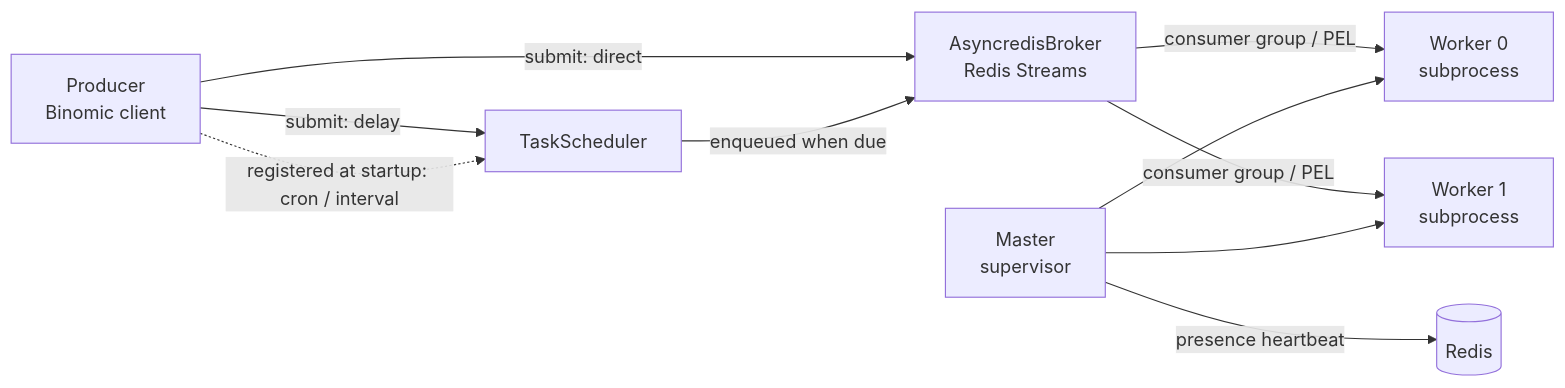
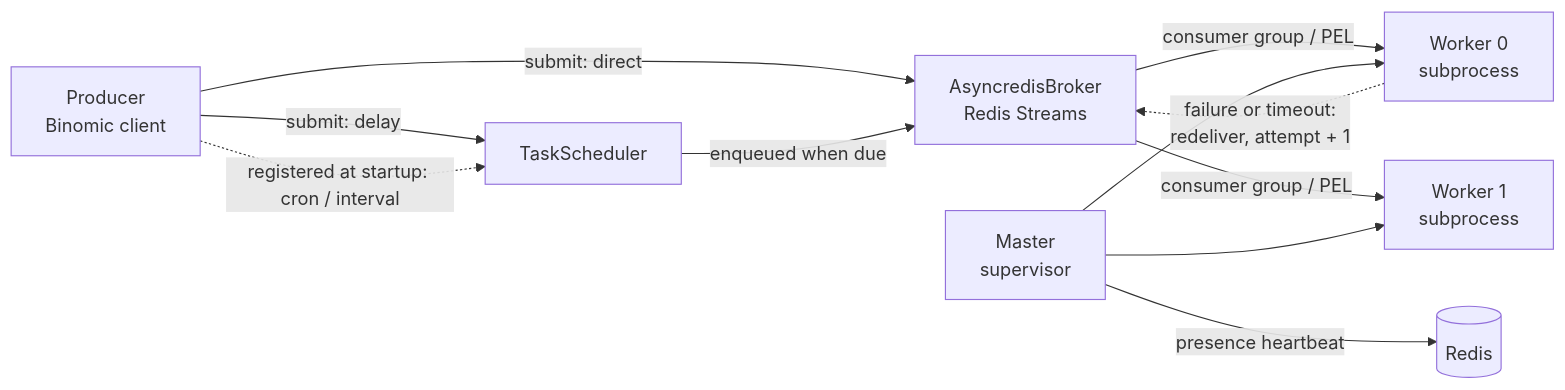
Before and after one commit to Ahsen17/binomic: the diagram in README_en.md, drawn with Mermaid. The commit also changed other lines of this file and 11 other files, not shown here.

````diff
--- a/README_en.md
+++ b/README_en.md
@@ -143,12 +147,13 @@
 ```mermaid
 flowchart LR
     P[Producer<br>Binomic client] -->|submit: direct| B[AsyncredisBroker<br>Redis Streams]
     P -->|submit: delay| S[TaskScheduler]
     P -.->|registered at startup: cron / interval| S
     S -->|enqueued when due| B
     B -->|consumer group / PEL| W1[Worker 0<br>subprocess]
     B -->|consumer group / PEL| W2[Worker 1<br>subprocess]
+    W1 -.->|failure or timeout:<br>redeliver, attempt + 1| B
     M[Master<br>supervisor] --> W1
     M --> W2
     M -->|presence heartbeat| R[(Redis)]
 ```
````
